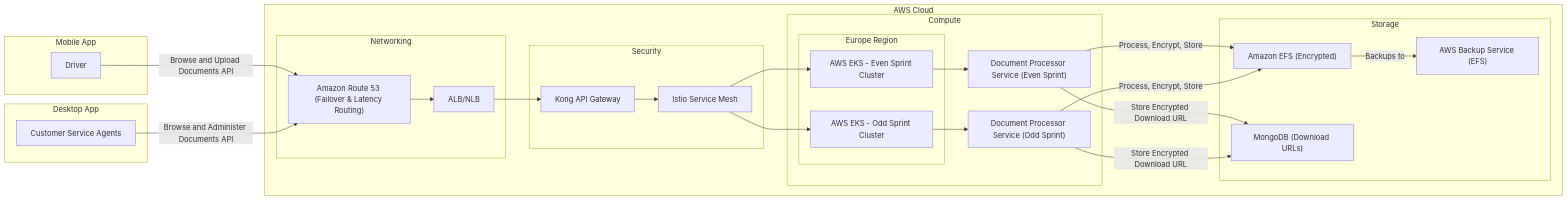
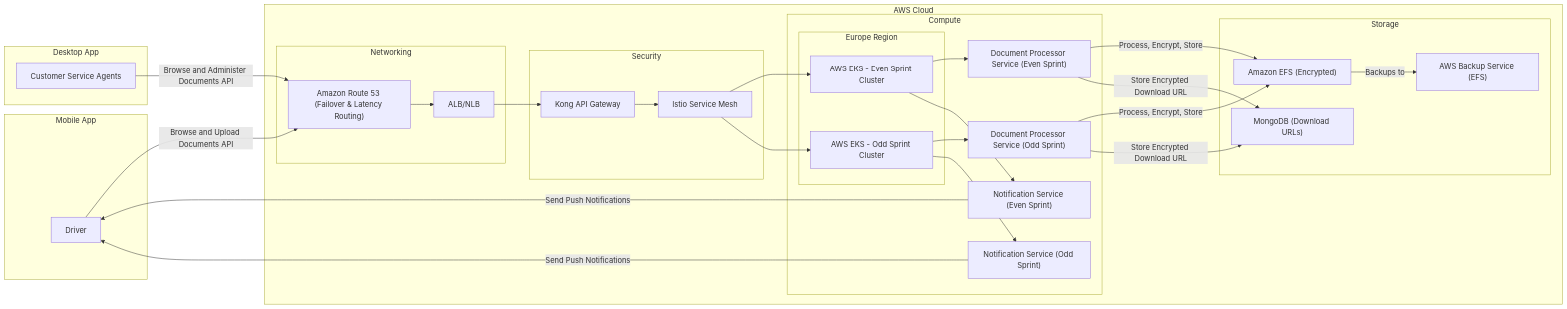
Before and after one commit to FedericoDelSaz/sre-test: the second of 2 diagrams in NewArchitecture.md, drawn with Mermaid. The commit also changed other lines of this file and 2 other files, not shown here.

Commit message:
fix diagrams

````diff
--- a/NewArchitecture.md
+++ b/NewArchitecture.md
@@ -63,45 +66,50 @@
 ```mermaid
 graph LR
   subgraph "Mobile App"
     Drivers["Driver"]
   end
   subgraph "Desktop App"
     Agents["Customer Service Agents"]
   end
   subgraph "AWS Cloud"
     subgraph "Networking"
       Route53["Amazon Route 53 (Failover & Latency Routing)"]
       ALB["ALB/NLB"]
     end
     subgraph "Security"
       Kong["Kong API Gateway"]
       Istio["Istio Service Mesh"]
     end
     subgraph "Compute"
       subgraph "Europe Region"
         EKS1["AWS EKS - Even Sprint Cluster"]
         EKS2["AWS EKS - Odd Sprint Cluster"]
       end
       DocService1["Document Processor Service (Even Sprint)"]
       DocService2["Document Processor Service (Odd Sprint)"]
+      NotificationService1["Notification Service (Even Sprint)"]
+      NotificationService2["Notification Service (Odd Sprint)"]
     end
     subgraph "Storage"
       EFS["Amazon EFS (Encrypted)"]
       MongoDB["MongoDB (Download URLs)"]
       AWSBackup["AWS Backup Service (EFS)"]
     end
   end
 
   Drivers-- "Browse and Upload Documents API" -->Route53
   Agents-- "Browse and Administer Documents API" -->Route53
   Route53 --> ALB
   ALB --> Kong
   Kong --> Istio
   Istio --> EKS1 & EKS2
   EKS1 --> DocService1
   EKS2 --> DocService2
+  EKS1 --> NotificationService1
+  EKS2 --> NotificationService2
   DocService1 & DocService2-- "Process, Encrypt, Store" --> EFS
   DocService1 & DocService2-- "Store Encrypted Download URL" --> MongoDB
   EFS-- "Backups to" --> AWSBackup
-
+  NotificationService1-- "Send Push Notifications" --> Drivers
+  NotificationService2-- "Send Push Notifications" --> Drivers
 ```
````
